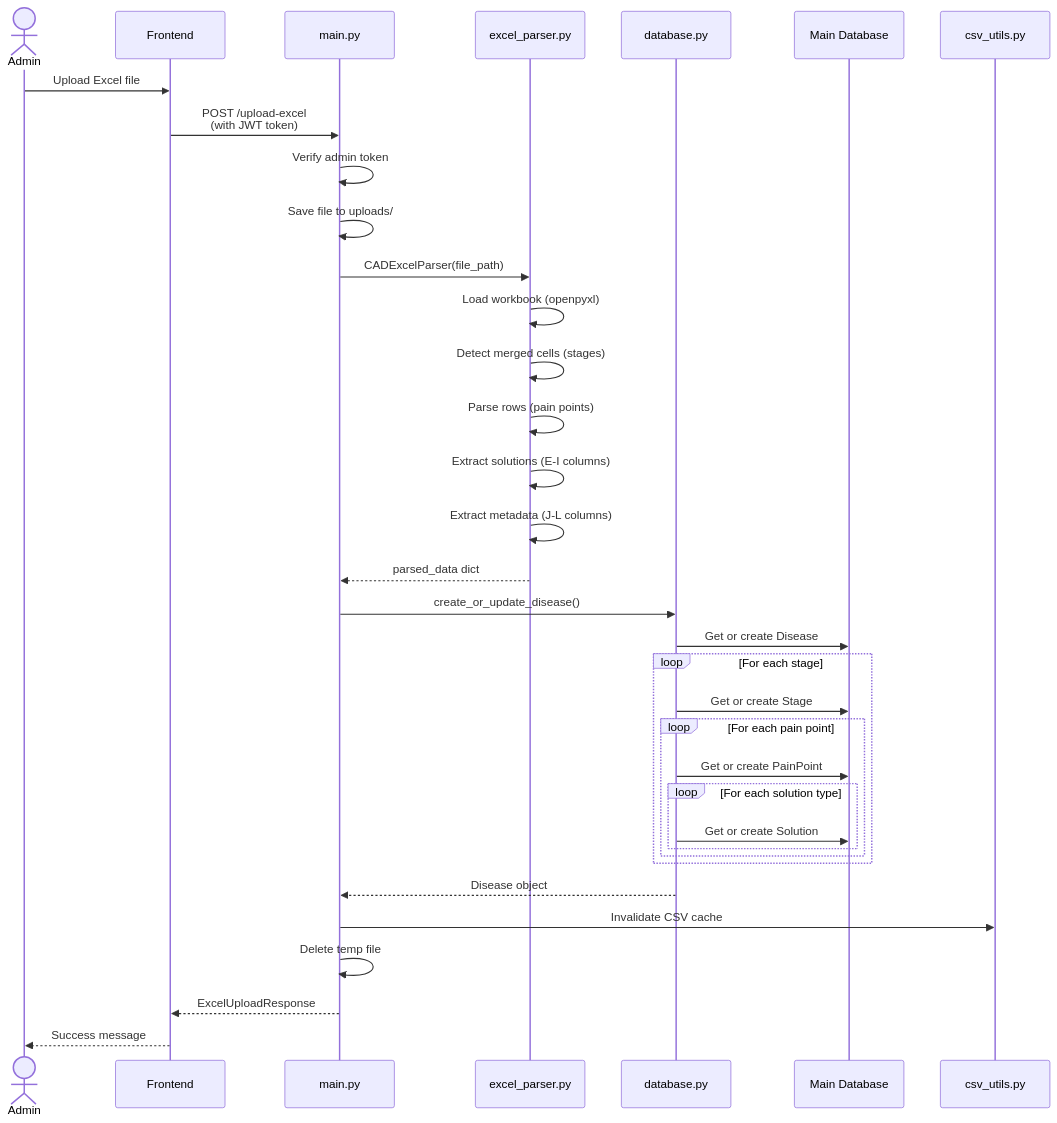
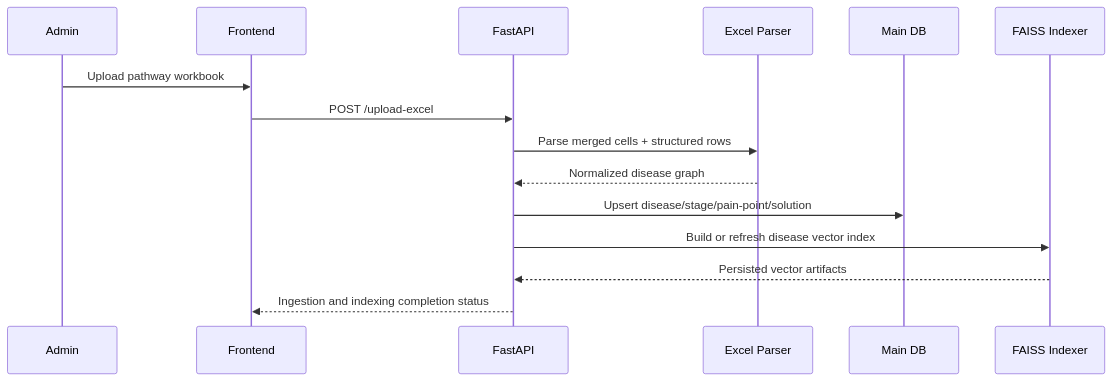
One commit to Bdp226/Disease_Pathway_Updated changed the second of 4 diagrams in README.md. Above: the diagram before and after it, drawn with Mermaid. The commit also changed other lines of this file and 1 other file, not shown here.

````diff
--- a/README.md
+++ b/README.md
@@ -591,44 +164,18 @@
 ```mermaid
 sequenceDiagram
-    actor Admin
-    participant Frontend
-    participant MainAPI as main.py
-    participant Parser as excel_parser.py
-    participant DBOps as database.py
-    participant DB as Main Database
-    participant CSV as csv_utils.py
-    
-    Admin->>Frontend: Upload Excel file
-    Frontend->>MainAPI: POST /upload-excel<br/>(with JWT token)
-    MainAPI->>MainAPI: Verify admin token
-    MainAPI->>MainAPI: Save file to uploads/
-    
-    MainAPI->>Parser: CADExcelParser(file_path)
-    Parser->>Parser: Load workbook (openpyxl)
-    Parser->>Parser: Detect merged cells (stages)
-    Parser->>Parser: Parse rows (pain points)
-    Parser->>Parser: Extract solutions (E-I columns)
-    Parser->>Parser: Extract metadata (J-L columns)
-    Parser-->>MainAPI: parsed_data dict
-    
-    MainAPI->>DBOps: create_or_update_disease()
-    DBOps->>DB: Get or create Disease
-    
-    loop For each stage
-        DBOps->>DB: Get or create Stage
-        loop For each pain point
-            DBOps->>DB: Get or create PainPoint
-            loop For each solution type
-                DBOps->>DB: Get or create Solution
-            end
-        end
-    end
-    
-    DBOps-->>MainAPI: Disease object
-    
-    
-    MainAPI->>CSV: Invalidate CSV cache
-    MainAPI->>MainAPI: Delete temp file
-    MainAPI-->>Frontend: ExcelUploadResponse
-    Frontend-->>Admin: Success message
+    participant Admin
+    participant FE as Frontend
+    participant API as FastAPI
+    participant Parser as Excel Parser
+    participant DB as Main DB
+    participant Index as FAISS Indexer
+
+    Admin->>FE: Upload pathway workbook
+    FE->>API: POST /upload-excel
+    API->>Parser: Parse merged cells + structured rows
+    Parser-->>API: Normalized disease graph
+    API->>DB: Upsert disease/stage/pain-point/solution
+    API->>Index: Build or refresh disease vector index
+    Index-->>API: Persisted vector artifacts
+    API-->>FE: Ingestion and indexing completion status
 ```
````
